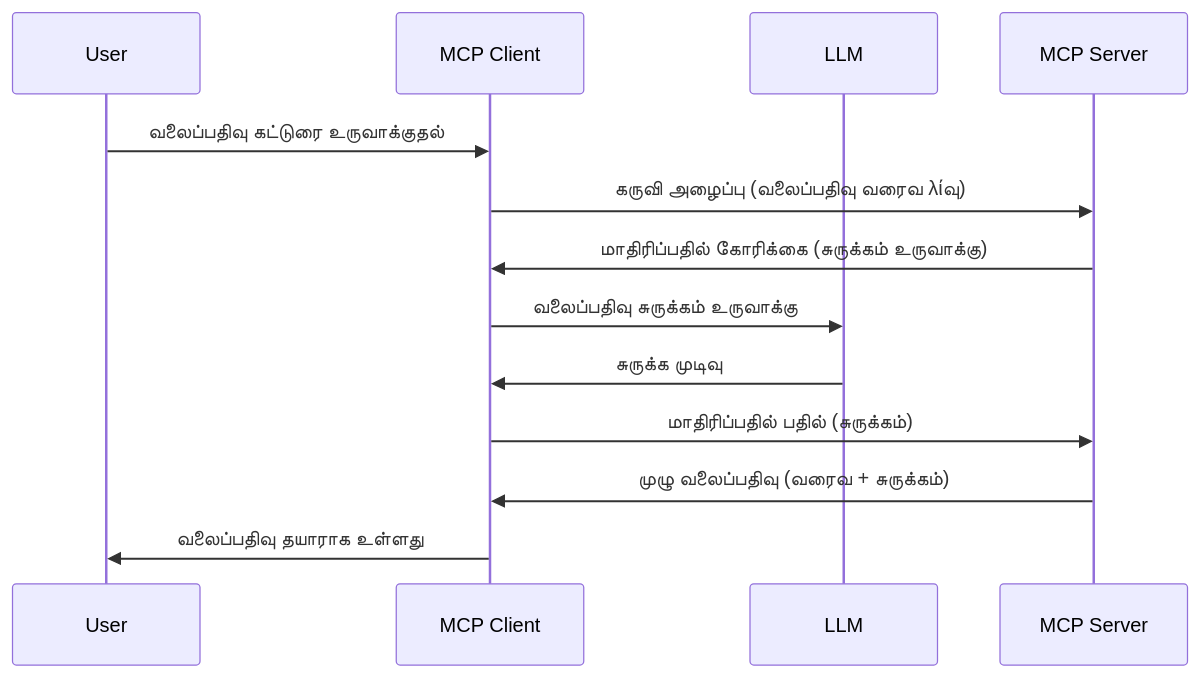
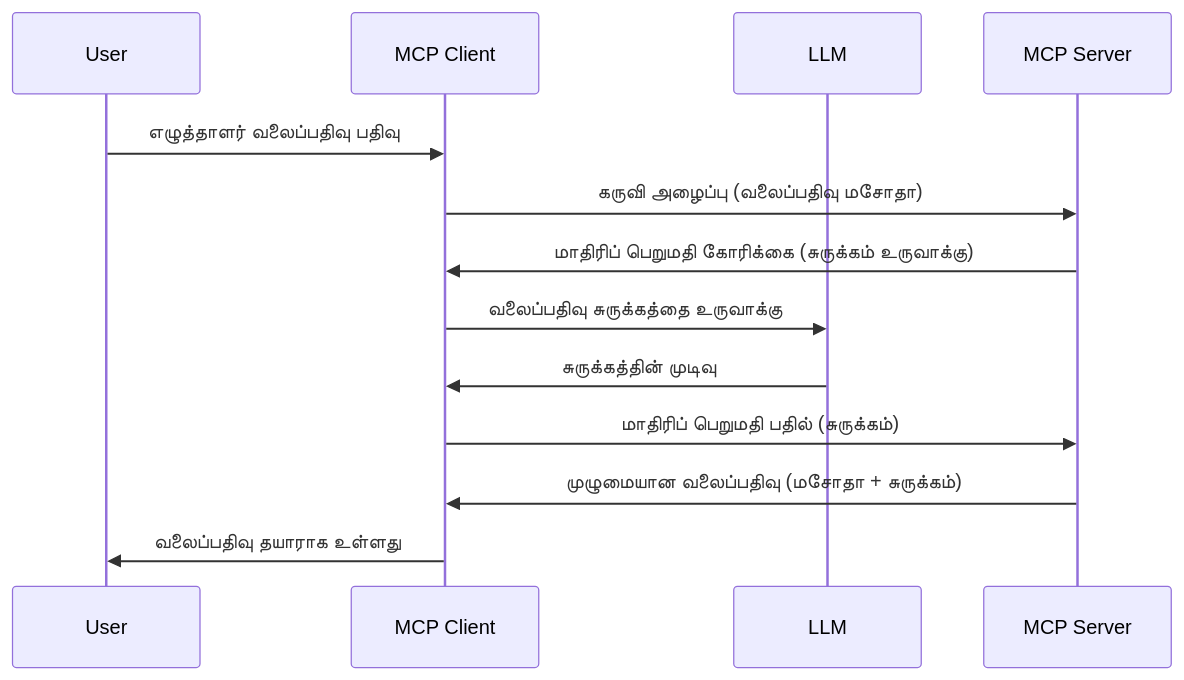
Before and after one commit to HIDORAKAI002/ai-workspace-archive: the diagram in mcp_ecosystem__model_context_protocol/mcp_learning_resources/mcp-for-beginners/translations/ta/03-GettingStarted/14-sampling/README.md, drawn with Mermaid. The commit also changed other lines of this file and 5721 other files, not shown here.

Commit message:
chore(sync): update MCP Python SDK, MCP TypeScript SDK, Supabase MCP, Kubernetes MCP Server, Git MCP, MCP Agent, Awesome ChatGPT Prompts, Langfuse, +62 more

````diff
--- a/mcp_ecosystem__model_context_protocol/mcp_learning_resources/mcp-for-beginners/translations/ta/03-GettingStarted/14-sampling/README.md
+++ b/mcp_ecosystem__model_context_protocol/mcp_learning_resources/mcp-for-beginners/translations/ta/03-GettingStarted/14-sampling/README.md
@@ -25,16 +27,16 @@
 ```mermaid
 sequenceDiagram
     participant User
     participant MCP Client
     participant LLM
     participant MCP Server
 
-    User->>MCP Client: வலைப்பதிவு கட்டுரை உருவாக்குதல்
-    MCP Client->>MCP Server: கருவி அழைப்பு (வலைப்பதிவு வரைவ λίவு)
-    MCP Server->>MCP Client: மாதிரிப்பதில் கோரிக்கை (சுருக்கம் உருவாக்கு)
-    MCP Client->>LLM: வலைப்பதிவு சுருக்கம் உருவாக்கு
-    LLM->>MCP Client: சுருக்க முடிவு
-    MCP Client->>MCP Server: மாதிரிப்பதில் பதில் (சுருக்கம்)
-    MCP Server->>MCP Client: முழு வலைப்பதிவு (வரைவ + சுருக்கம்)
+    User->>MCP Client: எழுத்தாளர் வலைப்பதிவு பதிவு
+    MCP Client->>MCP Server: கருவி அழைப்பு (வலைப்பதிவு மசோதா)
+    MCP Server->>MCP Client: மாதிரிப் பெறுமதி கோரிக்கை (சுருக்கம் உருவாக்கு)
+    MCP Client->>LLM: வலைப்பதிவு சுருக்கத்தை உருவாக்கு
+    LLM->>MCP Client: சுருக்கத்தின் முடிவு
+    MCP Client->>MCP Server: மாதிரிப் பெறுமதி பதில் (சுருக்கம்)
+    MCP Server->>MCP Client: முழுமையான வலைப்பதிவு (மசோதா + சுருக்கம்)
     MCP Client->>User: வலைப்பதிவு தயாராக உள்ளது
 ```
````
